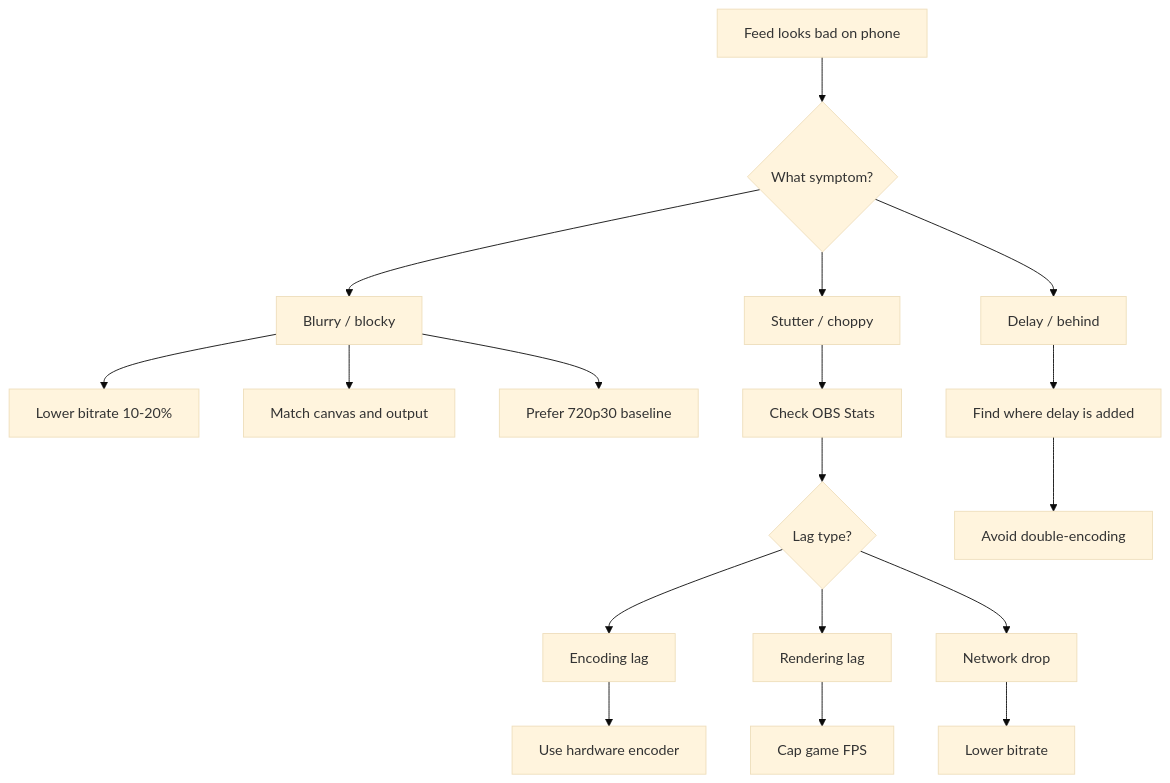
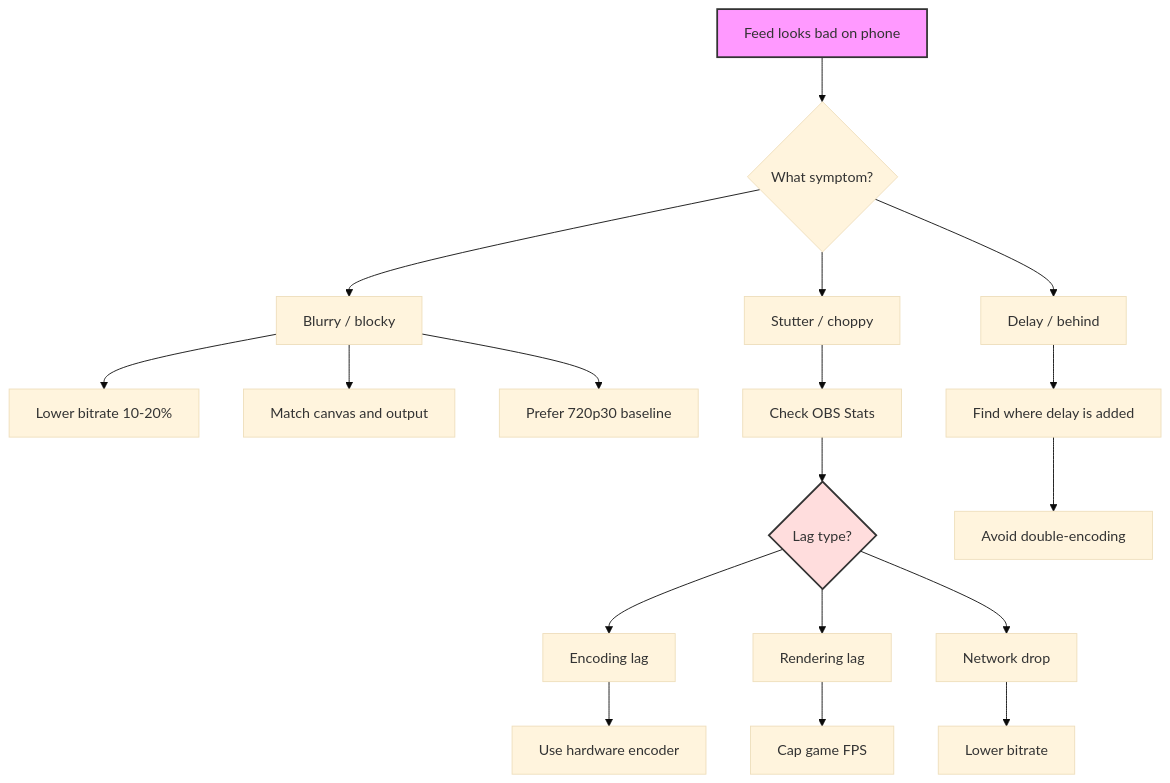
One commit to littl3-boat/ttwise changed the diagram in data/blog/obs-settings-checklist-tiktok-live-2026.mdx. Above: the diagram before and after it, drawn with Mermaid (base theme). The commit also changed 68 other files, not shown here.

Commit message:
feat: fix Mermaid syntax across blogs and add new posts for quality penalty and empty view trap

````diff
--- a/data/blog/obs-settings-checklist-tiktok-live-2026.mdx
+++ b/data/blog/obs-settings-checklist-tiktok-live-2026.mdx
@@ -97,23 +97,22 @@
 ```mermaid
 flowchart TD
-  A[Feed looks bad on phone] --> B{What symptom?}
-  B --> C[Blurry / blocky]
-  B --> D[Stutter / choppy]
-  B --> E[Delay / behind]
-
-  C --> C1[Lower bitrate 10-20%]
-  C --> C2[Match canvas and output]
-  C --> C3[Prefer 720p30 baseline]
-
-  D --> D1[Check OBS Stats]
-  D1 --> D2{Lag type?}
-  D2 --> D3[Encoding lag]
-  D2 --> D4[Rendering lag]
-  D2 --> D5[Network drop]
-  D3 --> D6[Use hardware encoder]
-  D4 --> D7[Cap game FPS]
-  D5 --> D8[Lower bitrate]
-
-  E --> E1[Find where delay is added]
-  E1 --> E2[Avoid double-encoding]
+  A["Feed looks bad on phone"] --> B{"What symptom?"}
+  B --> C["Blurry / blocky"]
+  B --> D["Stutter / choppy"]
+  B --> E["Delay / behind"]
+  C --> C1["Lower bitrate 10-20%"]
+  C --> C2["Match canvas and output"]
+  C --> C3["Prefer 720p30 baseline"]
+  D --> D1["Check OBS Stats"]
+  D1 --> D2{"Lag type?"}
+  D2 --> D3["Encoding lag"]
+  D2 --> D4["Rendering lag"]
+  D2 --> D5["Network drop"]
+  D3 --> D6["Use hardware encoder"]
+  D4 --> D7["Cap game FPS"]
+  D5 --> D8["Lower bitrate"]
+  E --> E1["Find where delay is added"]
+  E1 --> E2["Avoid double-encoding"]
+  style A fill:#f9f,stroke:#333,stroke-width:2px
+  style D2 fill:#fdd,stroke:#333,stroke-width:2px
 ```
````
